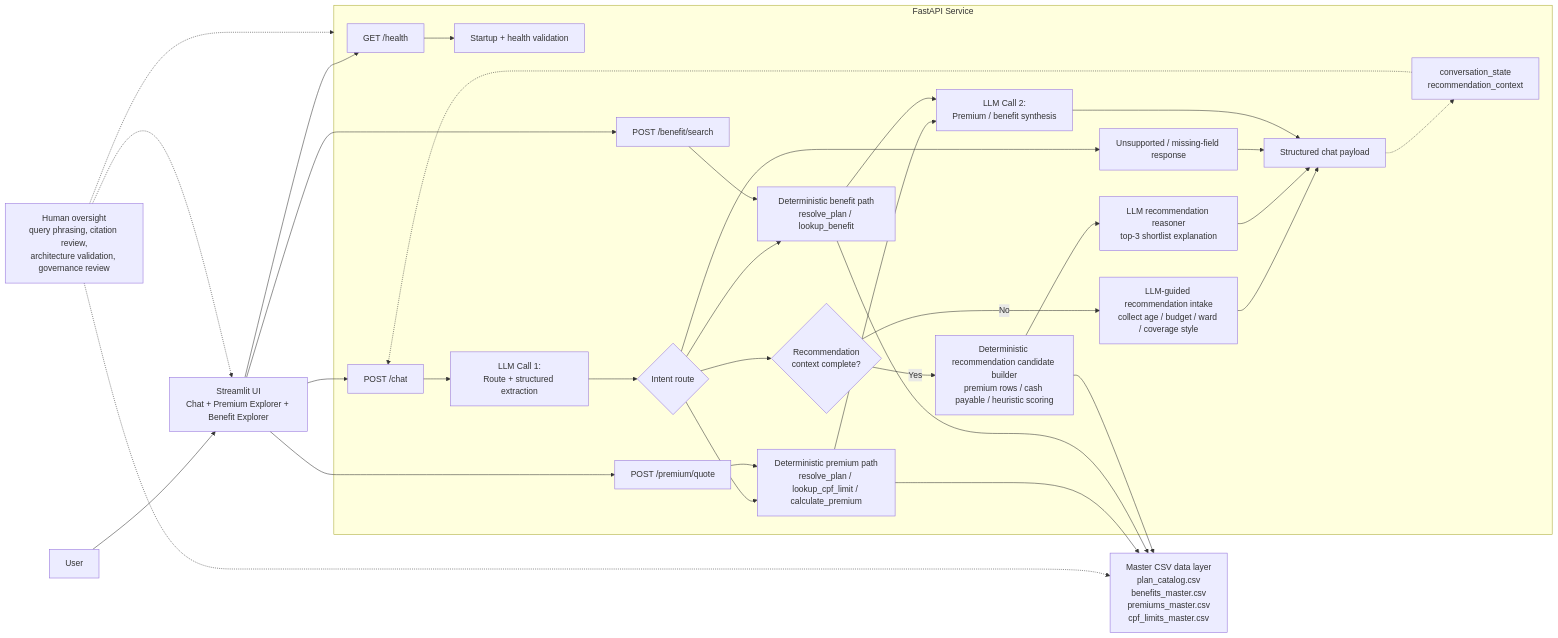
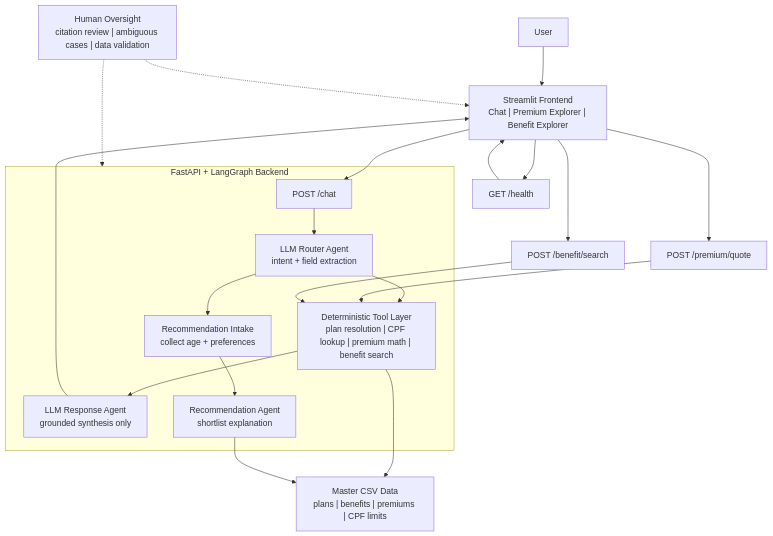
Before and after one commit to abhisheksrivastava99/health-policy-navigator: the first of 3 diagrams in docs/architecture_diagram.md, drawn with Mermaid. The commit also changed other lines of this file and 1 other file, not shown here.

Commit message:
architecture_diagram

````diff
--- a/docs/architecture_diagram.md
+++ b/docs/architecture_diagram.md
@@ -3,44 +5,29 @@
 ```mermaid
-flowchart LR
-    User["User"] --> UI["Streamlit UI<br/>Chat + Premium Explorer + Benefit Explorer"]
-    UI --> Health["GET /health"]
-    UI --> Chat["POST /chat"]
-    UI --> Premium["POST /premium/quote"]
-    UI --> Benefit["POST /benefit/search"]
+flowchart TB
+    U["User"] --> F["Streamlit Frontend<br/>Chat | Premium Explorer | Benefit Explorer"]
 
-    subgraph API["FastAPI Service"]
-        Health --> Status["Startup + health validation"]
-        Chat --> Extract["LLM Call 1:<br/>Route + structured extraction"]
-        Extract --> Route{"Intent route"}
+    F --> C["POST /chat"]
+    F --> P["POST /premium/quote"]
+    F --> B["POST /benefit/search"]
+    F --> H["GET /health"]
 
-        Route --> PremiumTools["Deterministic premium path<br/>resolve_plan / lookup_cpf_limit / calculate_premium"]
-        Route --> BenefitTools["Deterministic benefit path<br/>resolve_plan / lookup_benefit"]
-        Route --> RecCheck{"Recommendation<br/>context complete?"}
-        Route --> Unsupported["Unsupported / missing-field response"]
+    subgraph API["FastAPI + LangGraph Backend"]
+        C --> R["LLM Router Agent<br/>intent + field extraction"]
+        R --> T["Deterministic Tool Layer<br/>plan resolution | CPF lookup | premium math | benefit search"]
+        T --> S["LLM Response Agent<br/>grounded synthesis only"]
 
-        RecCheck -->|No| RecIntake["LLM-guided recommendation intake<br/>collect age / budget / ward / coverage style"]
-        RecCheck -->|Yes| RecCandidates["Deterministic recommendation candidate builder<br/>premium rows / cash payable / heuristic scoring"]
-        RecCandidates --> RecReason["LLM recommendation reasoner<br/>top-3 shortlist explanation"]
-
-        PremiumTools --> Synthesize["LLM Call 2:<br/>Premium / benefit synthesis"]
-        BenefitTools --> Synthesize
-        RecIntake --> ChatResponse["Structured chat payload"]
-        RecReason --> ChatResponse
-        Unsupported --> ChatResponse
-        Synthesize --> ChatResponse
-
-        ChatResponse -.-> ChatState["conversation_state<br/>recommendation_context"]
-        ChatState -.-> Chat
-
-        Premium --> PremiumTools
-        Benefit --> BenefitTools
+        R --> Q["Recommendation Intake<br/>collect age + preferences"]
+        Q --> G["Recommendation Agent<br/>shortlist explanation"]
     end
 
-    PremiumTools --> Data["Master CSV data layer<br/>plan_catalog.csv<br/>benefits_master.csv<br/>premiums_master.csv<br/>cpf_limits_master.csv"]
-    BenefitTools --> Data
-    RecCandidates --> Data
+    T --> D["Master CSV Data<br/>plans | benefits | premiums | CPF limits"]
+    G --> D
 
-    Human["Human oversight<br/>query phrasing, citation review,<br/>architecture validation, governance review"] -.-> UI
-    Human -.-> API
-    Human -.-> Data
+    S --> F
+    P --> T
+    B --> T
+    H --> F
+
+    O["Human Oversight<br/>citation review | ambiguous cases | data validation"] -.-> F
+    O -.-> API
 ```
````
